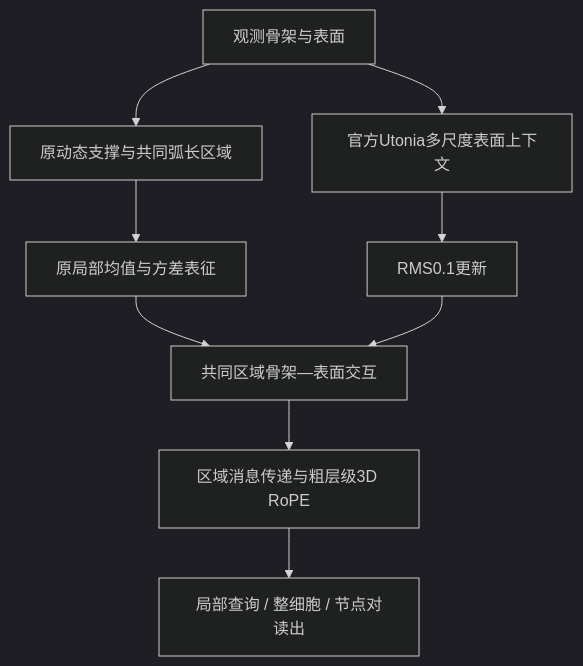
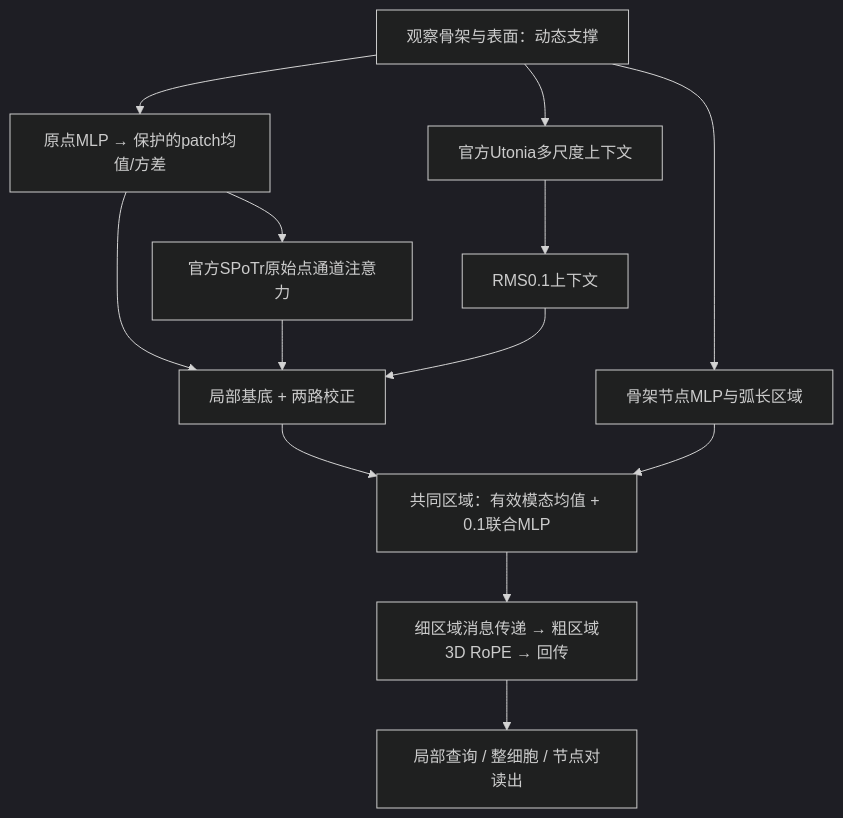
The diagram in README.md (QIcita/CRSS), drawn with Mermaid (dark theme) before and after one commit. The commit also changed other lines of this file and 555 other files, not shown here.

````diff
--- a/README.md
+++ b/README.md
@@ -29,11 +32,15 @@
 ```mermaid
 flowchart TD
-  A[观测骨架与表面] --> B[原动态支撑与共同弧长区域]
-  A --> U[官方Utonia多尺度表面上下文]
-  B --> L[原局部均值与方差表征]
-  U --> R[RMS0.1更新]
-  L --> J[共同区域骨架—表面交互]
-  R --> J
-  J --> C[区域消息传递与粗层级3D RoPE]
+  A[观察骨架与表面：动态支撑] --> B[骨架节点MLP与弧长区域]
+  A --> L[原点MLP → 保护的patch均值/方差]
+  A --> U[官方Utonia多尺度上下文]
+  L --> S[官方SPoTr原始点通道注意力]
+  U --> R[RMS0.1上下文]
+  L --> P[局部基底 + 两路校正]
+  S --> P
+  R --> P
+  P --> J[共同区域：有效模态均值 + 0.1联合MLP]
+  B --> J
+  J --> C[细区域消息传递 → 粗区域3D RoPE → 回传]
   C --> O[局部查询 / 整细胞 / 节点对读出]
 ```
````
